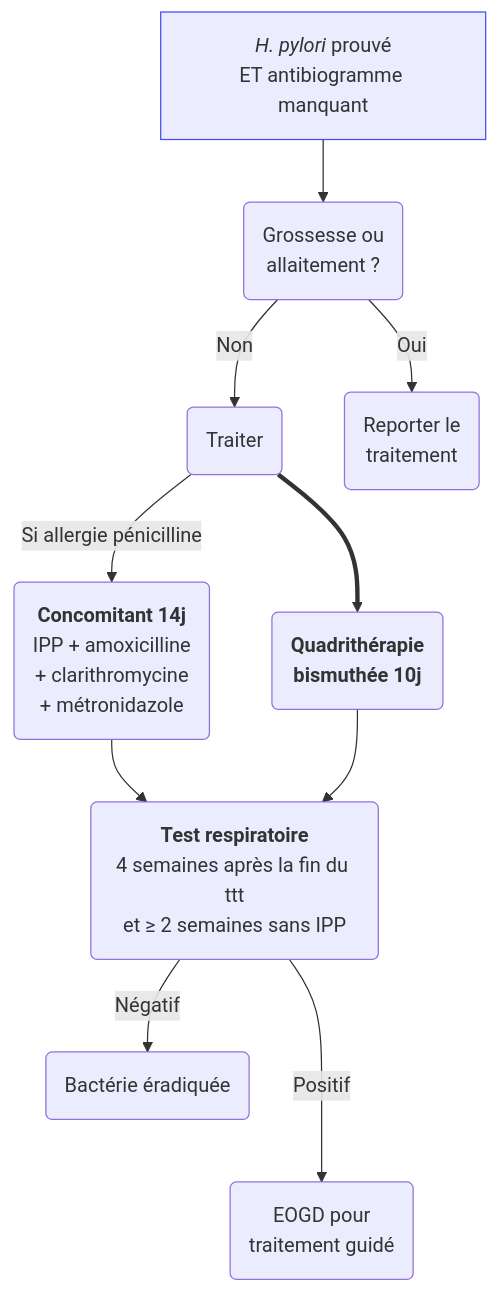
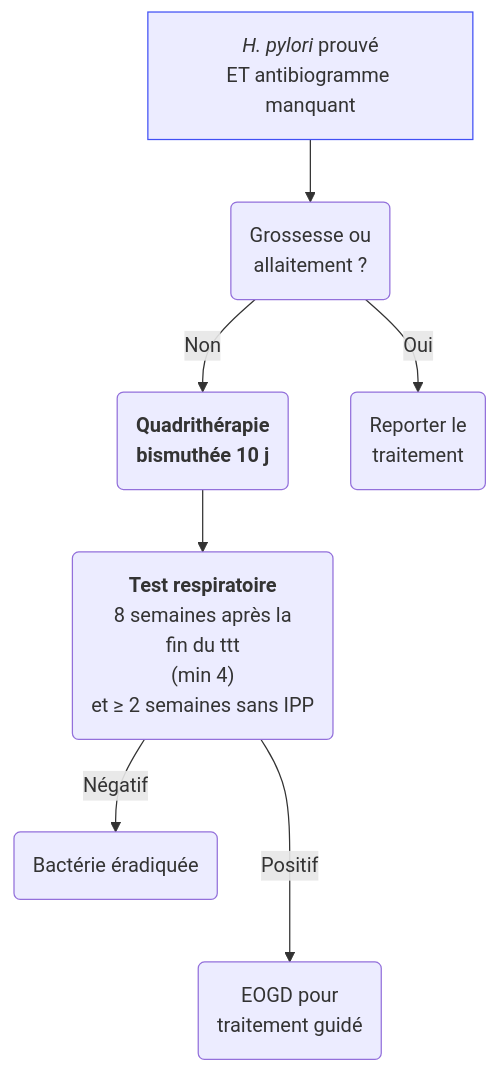
Before and after one commit to djibe/recommandations-medicales: the first of 2 diagrams in content/recommandations/helicobacter-pylori.md, drawn with Mermaid. The commit also changed other lines of this file, not shown here.

```diff
--- a/content/recommandations/helicobacter-pylori.md
+++ b/content/recommandations/helicobacter-pylori.md
@@ -387,13 +385,9 @@
 {{< mermaid title="Prise en charge probabiliste de l'infection à Helicobacter pylori sans PCR ou antibiogramme. Situation favorisant l'antibiorésistance. Dr JB Fron d'après GEFH 2026" >}}
 graph TB
   probabiliste["<em>H. pylori</em> prouvé<br>ET antibiogramme manquant"] --> grossesse(Grossesse ou<br>allaitement ?)
-    grossesse -- Non --> choix("Traiter")
-      choix ==> bismuth("<b>Quadrithérapie<br>bismuthée 10j</b>")
-      concomitant --> controle("<b>Test respiratoire</b><br>4 semaines après la fin du ttt<br>et ≥ 2 semaines sans IPP")
-      choix -- "Si allergie pénicilline" --> concomitant("<b>Concomitant 14j</b><br>IPP + amoxicilline<br>+ clarithromycine<br>+ métronidazole")
-        bismuth --> controle
-          controle -- Négatif --> ok(Bactérie éradiquée)
-          controle -- Positif ---> EOGD(EOGD pour<br>traitement guidé)
+    grossesse -- Non --> bismuth("<b>Quadrithérapie<br>bismuthée 10 j</b>") --> contrôle("<b>Test respiratoire</b><br>8 semaines après la<br>fin du ttt<br>(min 4)<br>et ≥ 2 semaines sans IPP")
+      contrôle -- Négatif --> ok(Bactérie éradiquée)
+      contrôle -- Positif ---> EOGD(EOGD pour<br>traitement guidé)
     grossesse -- Oui --> reporter("Reporter le<br>traitement")
   style probabiliste stroke:#4150f5, stroke-width:1px
 {{< /mermaid >}}
```
